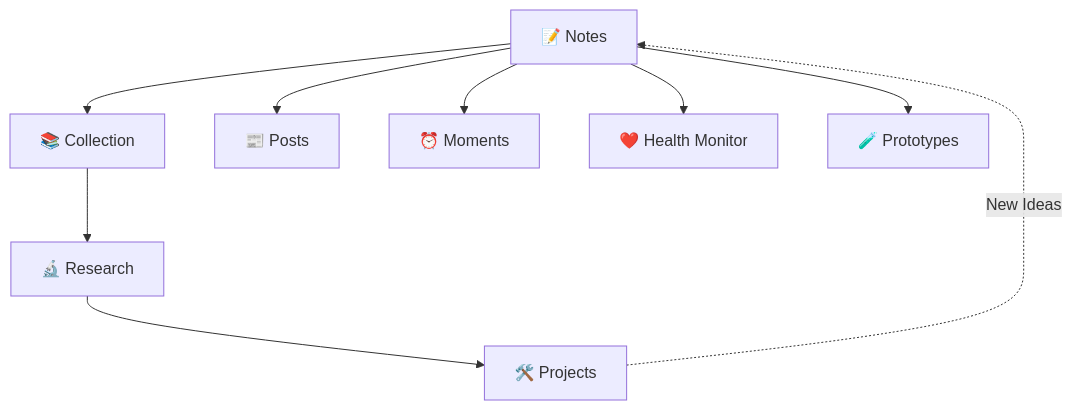
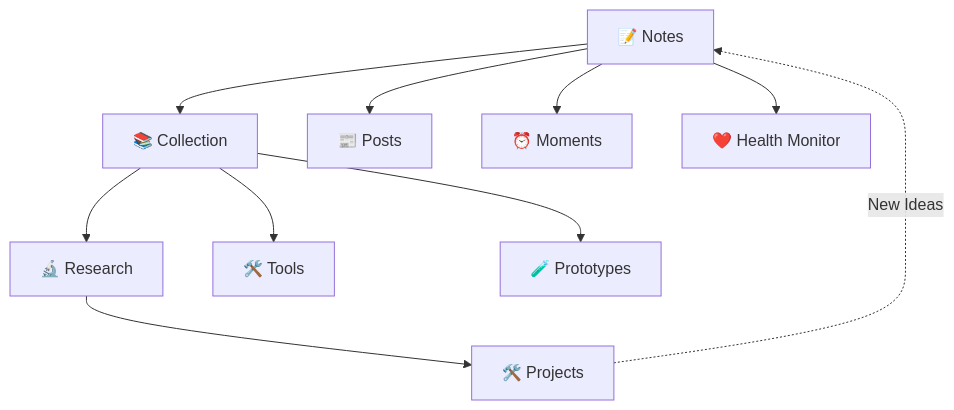
The diagram in docs/notes/_index_content.md (xiongjia/xiongjia.github.com), drawn with Mermaid before and after one commit. The commit also changed other lines of this file and 9 other files, not shown here.

First line of the commit message:
docs: consolidate dev/daily work (tools section, notes reorg, moments fixes) (#37)

````diff
--- a/docs/notes/_index_content.md
+++ b/docs/notes/_index_content.md
@@ -8,20 +8,22 @@
 ```mermaid
 graph TD
   A["📝 Notes"] --> B["📚 Collection"]
   B --> C["🔬 Research"]
   C --> D["🛠️ Projects"]
   D -.->|New Ideas| A
   A --> E["📰 Posts"]
   A --> F["⏰ Moments"]
   A --> G["❤️ Health Monitor"]
-  A --> H["🧪 Prototypes"]
+  B --> I["🛠️ Tools"]
+  B --> H["🧪 Prototypes"]
 
   click A "/notes/" "Notes"
   click B "/notes/collection/" "Collection"
   click C "/notes/research/" "Research"
   click D "/projects/" "Projects"
   click E "/notes/posts/" "Posts"
   click F "/moments/" "Moments"
   click G "/notes/health/" "Health Monitor"
   click H "/notes/prototypes/" "Prototypes"
+  click I "/notes/tools/" "Tools"
 ```
````
